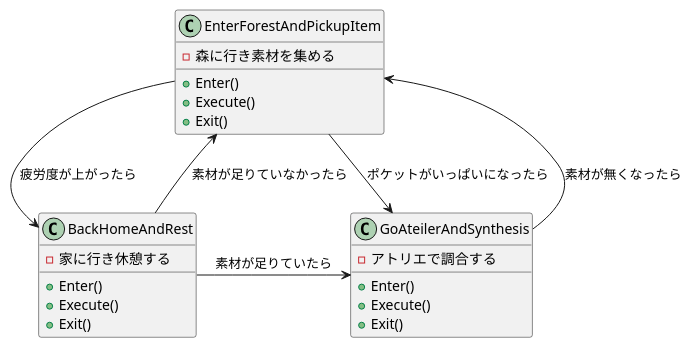
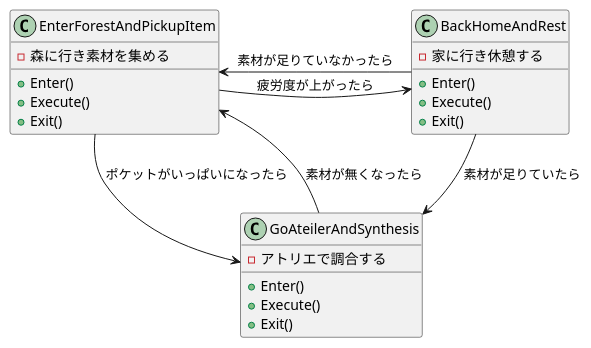
Before and after one commit to hobby-overflow/LearnFSM: the diagram in uml.pu, drawn with PlantUML.

Commit message:
add diagram name

```diff
--- a/uml.pu
+++ b/uml.pu
@@ -1,29 +1,29 @@
-@startuml
+@startuml State Machine
 class EnterForestAndPickupItem{
     +Enter()
     +Execute()
     +Exit()
     -森に行き素材を集める
 }
 class GoAteilerAndSynthesis{
     
     +Enter()
     +Execute()
     +Exit()
     -アトリエで調合する
     
 }
 class BackHomeAndRest{
     +Enter()
     +Execute()
     +Exit()
     -家に行き休憩する
 
 }
 EnterForestAndPickupItem-->GoAteilerAndSynthesis: ポケットがいっぱいになったら
 EnterForestAndPickupItem-->BackHomeAndRest: 疲労度が上がったら
 
 GoAteilerAndSynthesis->EnterForestAndPickupItem: 素材が無くなったら
-BackHomeAndRest-->EnterForestAndPickupItem: 素材が足りていなかったら
-BackHomeAndRest->GoAteilerAndSynthesis: 素材が足りていたら
+BackHomeAndRest->EnterForestAndPickupItem: 素材が足りていなかったら
+BackHomeAndRest-->GoAteilerAndSynthesis: 素材が足りていたら
 @enduml
```
